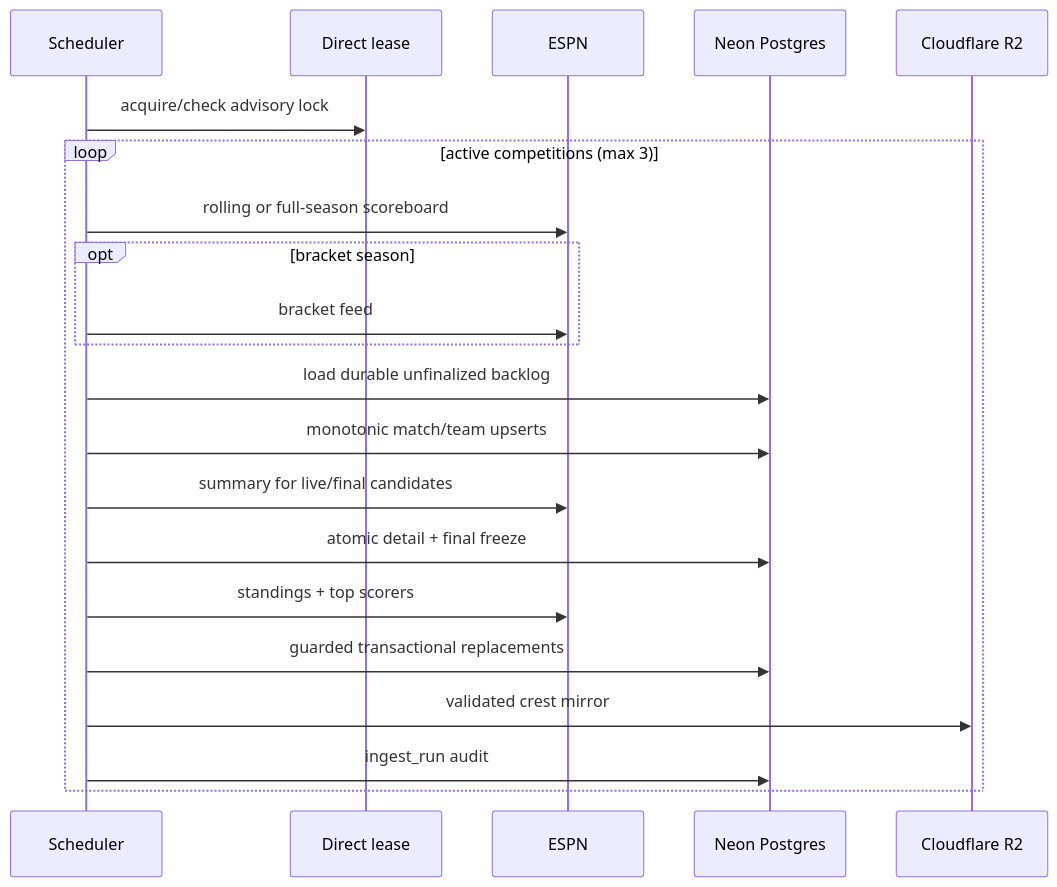
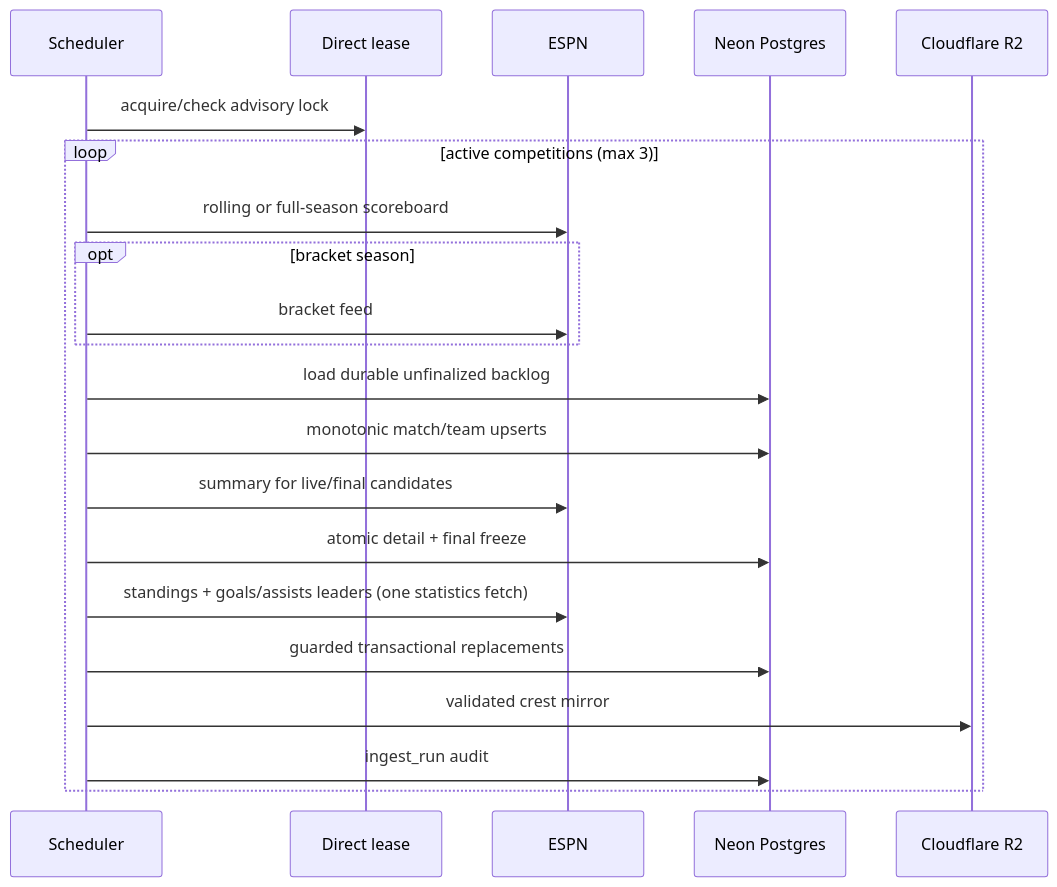
Before and after one commit to mcasillas17/ScoreArc: the second of 3 diagrams in docs/backend/ARCHITECTURE.md, drawn with Mermaid. The commit also changed other lines of this file and 1 other file, not shown here.

First line of the commit message:
docs: record season leaders plan closure

````diff
--- a/docs/backend/ARCHITECTURE.md
+++ b/docs/backend/ARCHITECTURE.md
@@ -196,24 +197,24 @@
 ```mermaid
 sequenceDiagram
   participant S as Scheduler
   participant L as Direct lease
   participant E as ESPN
   participant P as Neon Postgres
   participant R as Cloudflare R2
 
   S->>L: acquire/check advisory lock
   loop active competitions (max 3)
     S->>E: rolling or full-season scoreboard
     opt bracket season
       S->>E: bracket feed
     end
     S->>P: load durable unfinalized backlog
     S->>P: monotonic match/team upserts
     S->>E: summary for live/final candidates
     S->>P: atomic detail + final freeze
-    S->>E: standings + top scorers
+    S->>E: standings + goals/assists leaders (one statistics fetch)
     S->>P: guarded transactional replacements
     S->>R: validated crest mirror
     S->>P: ingest_run audit
   end
 ```
````
